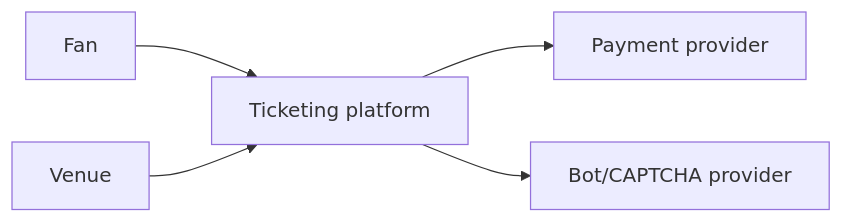
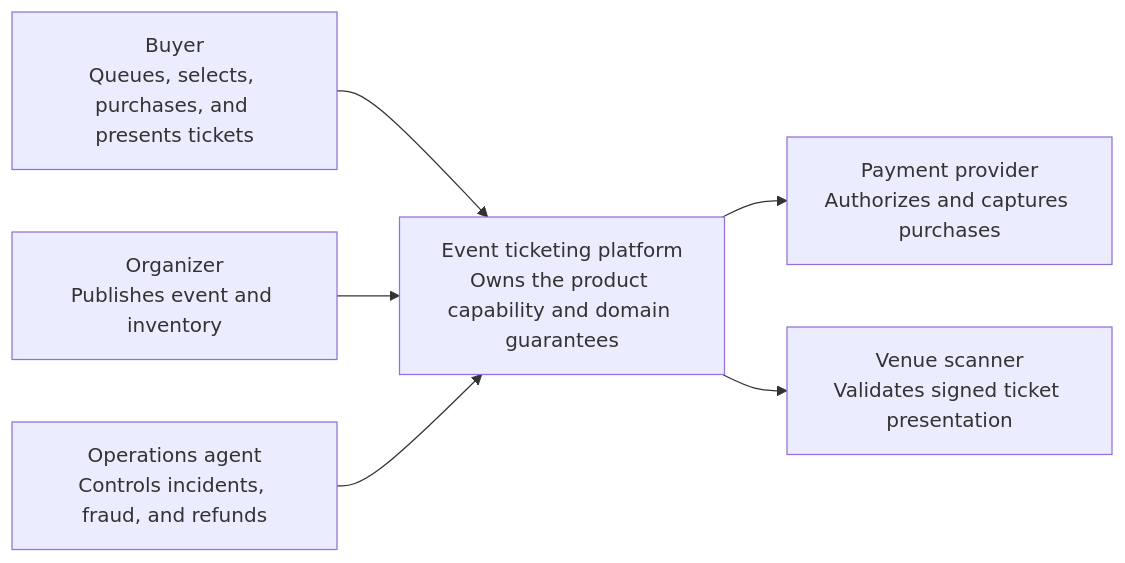
The first of 5 diagrams in content/system-design/18-event-ticketing.md (navaidya/learning), drawn with Mermaid before and after one commit. The commit also changed other lines of this file and 49 other files, not shown here.

````diff
--- a/content/system-design/18-event-ticketing.md
+++ b/content/system-design/18-event-ticketing.md
@@ -34,9 +53,11 @@
 ```mermaid
 flowchart LR
-  accTitle: Event ticketing system context
-  accDescr: Fans join a waiting room and book seats through the platform, which integrates with payment and bot-detection providers.
-  Fan --> Platform[Ticketing platform]
-  Venue --> Platform
-  Platform --> PSP[Payment provider]
-  Platform --> BotDefense[Bot/CAPTCHA provider]
+  accTitle: Event ticketing platform system context
+  accDescr: Human and system actors use Event ticketing platform, which integrates with explicitly bounded external capabilities.
+  A1["Buyer<br/>Queues, selects, purchases, and presents tickets"] --> System
+  A2["Organizer<br/>Publishes event and inventory"] --> System
+  A3["Operations agent<br/>Controls incidents, fraud, and refunds"] --> System
+  System["Event ticketing platform<br/>Owns the product capability and domain guarantees"]
+  System --> E1["Payment provider<br/>Authorizes and captures purchases"]
+  System --> E2["Venue scanner<br/>Validates signed ticket presentation"]
 ```
````
